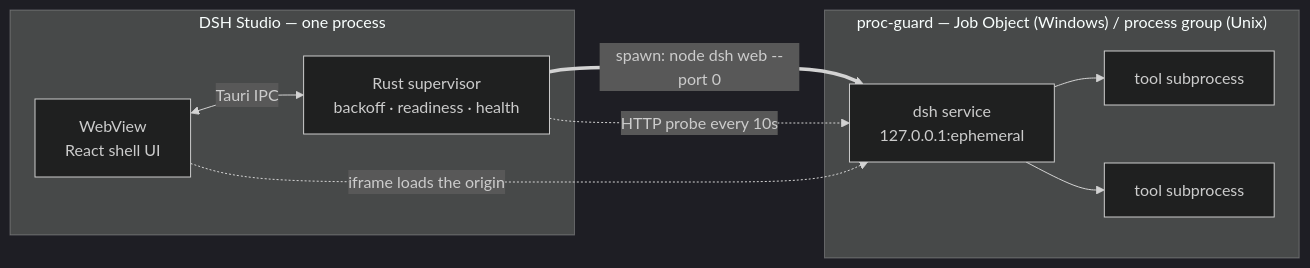
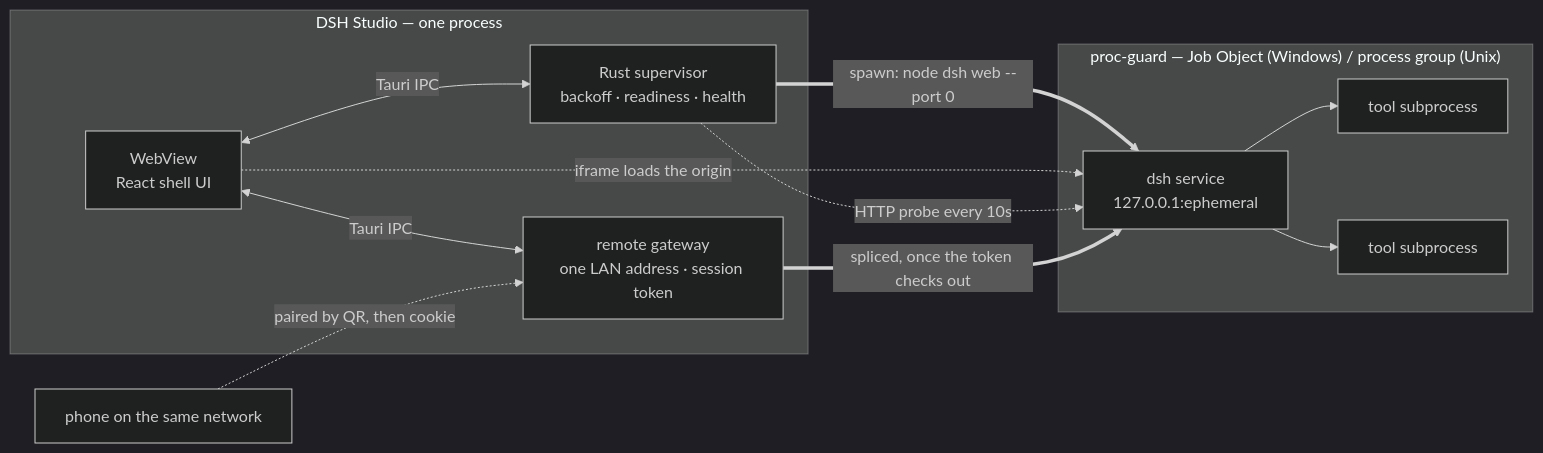
One commit to Moresyl/dsh-studio changed the diagram in README.md. Above: the diagram before and after it, drawn with Mermaid (dark theme). The commit also changed other lines of this file and 34 other files, not shown here.

````diff
--- a/README.md
+++ b/README.md
@@ -82,21 +99,27 @@
 ```mermaid
 flowchart LR
+  phone["phone on the same network"]
+
   subgraph app["DSH Studio — one process"]
     ui["WebView<br/>React shell UI"]
     sup["Rust supervisor<br/>backoff · readiness · health"]
+    gw["remote gateway<br/>one LAN address · session token"]
     ui <-->|Tauri IPC| sup
+    ui <-->|Tauri IPC| gw
   end
 
   sup ==>|"spawn: node dsh web --port 0"| dsh
 
   subgraph guard["proc-guard — Job Object (Windows) / process group (Unix)"]
     dsh["dsh service<br/>127.0.0.1:ephemeral"]
     t1["tool subprocess"]
     t2["tool subprocess"]
     dsh --> t1
     dsh --> t2
   end
 
   ui -.->|iframe loads the origin| dsh
   sup -.->|"HTTP probe every 10s"| dsh
+  phone -.->|"paired by QR, then cookie"| gw
+  gw ==>|"spliced, once the token checks out"| dsh
 ```
````
